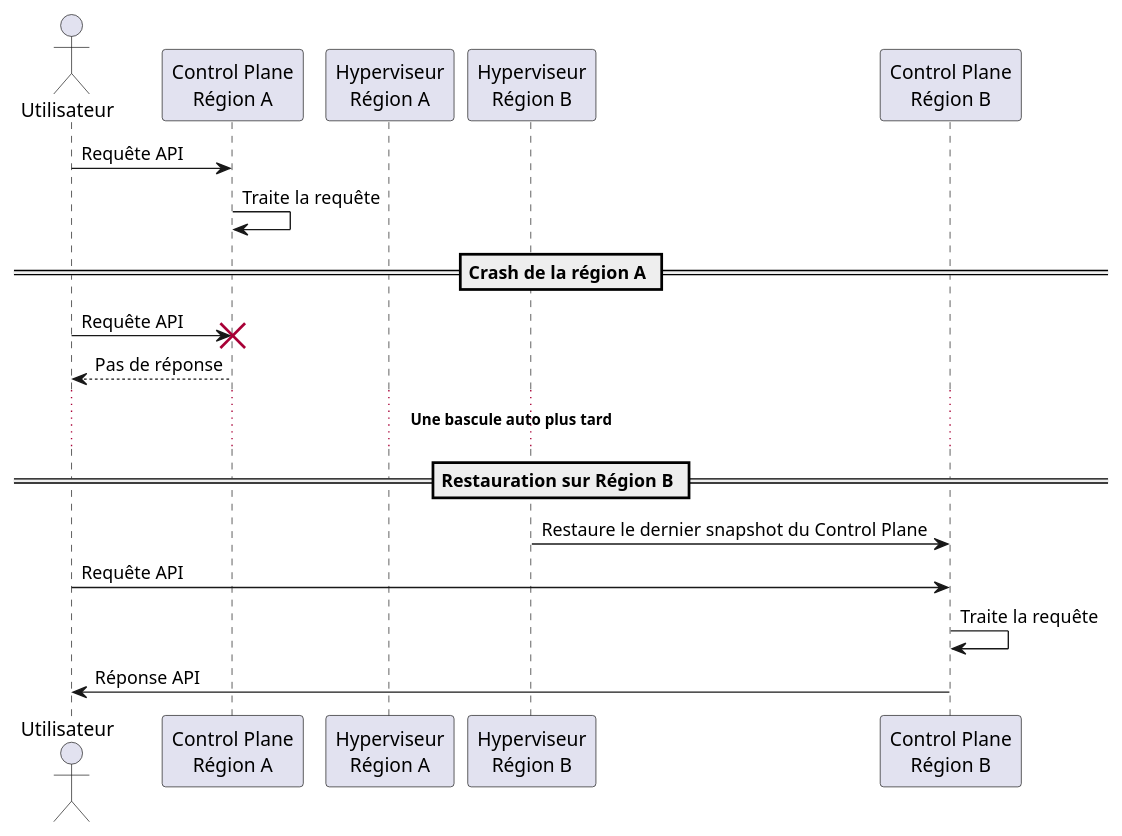
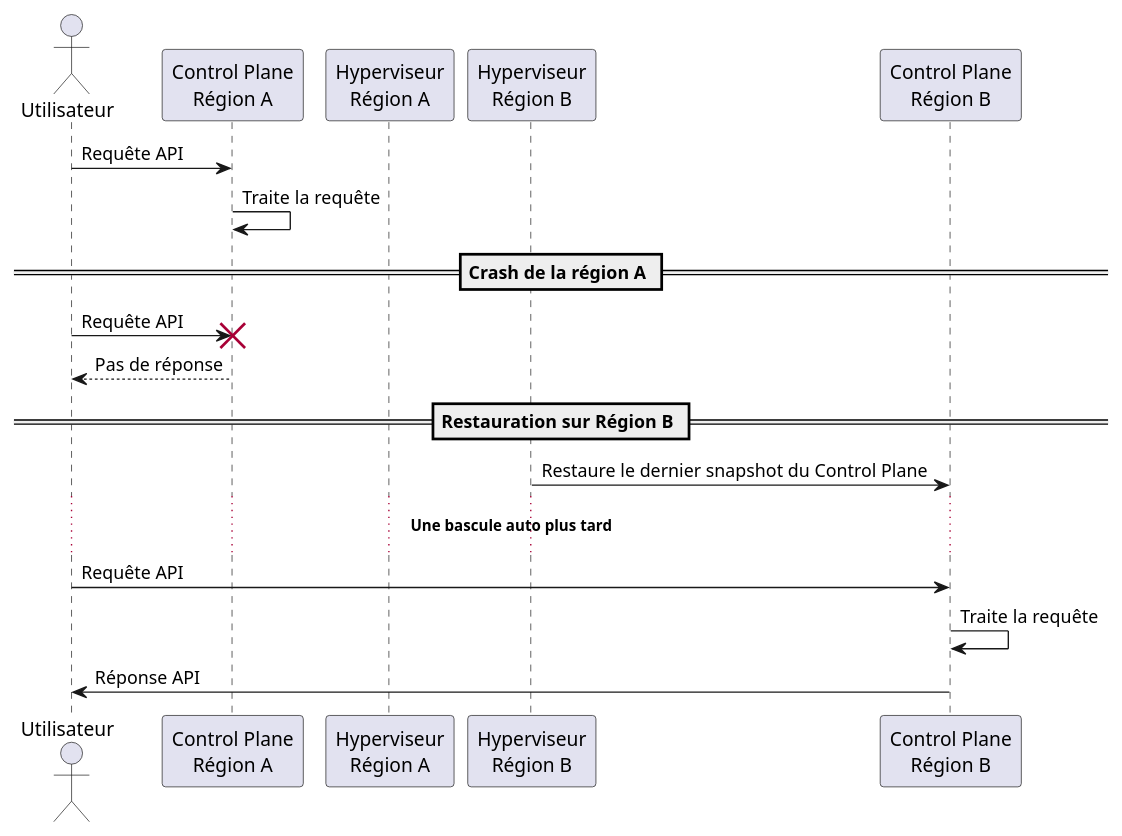
One commit to sylvainmetayer/talk-k8s-2-az changed the diagram in diagrams/030-mono-cp.puml. Above: the diagram before and after it, drawn with PlantUML. The commit also changed 10 other files, not shown here.

```diff
--- a/diagrams/030-mono-cp.puml
+++ b/diagrams/030-mono-cp.puml
@@ -1,25 +1,26 @@
 @startuml
 actor Utilisateur
 participant "Control Plane\nRégion A" as CP_A
 participant "Hyperviseur\nRégion A" as HV_A
 participant "Hyperviseur\nRégion B" as HV_B
 participant "Control Plane\nRégion B" as CP_B
 
 Utilisateur -> CP_A : Requête API
 CP_A -> CP_A : Traite la requête
 
 
 == Crash de la région A ==
 Utilisateur -> CP_A : Requête API
 destroy CP_A
 CP_A --> Utilisateur : Pas de réponse
 
+== Restauration sur Région B ==
+HV_B -> CP_B : Restaure le dernier snapshot du Control Plane
+
 ...<b>Une bascule auto plus tard</b>...
 
-== Restauration sur Région B ==
-HV_B -> CP_B : Restaure le dernier snapshot du Control Plane
 Utilisateur -> CP_B : Requête API
 CP_B -> CP_B : Traite la requête
 CP_B -> Utilisateur : Réponse API
 
 @enduml
```
